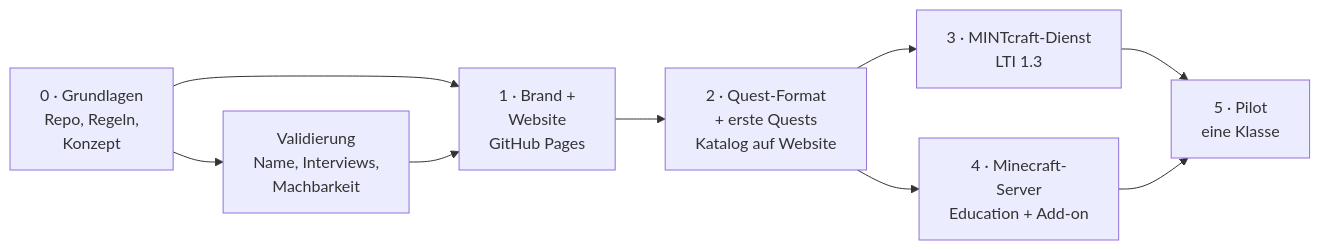
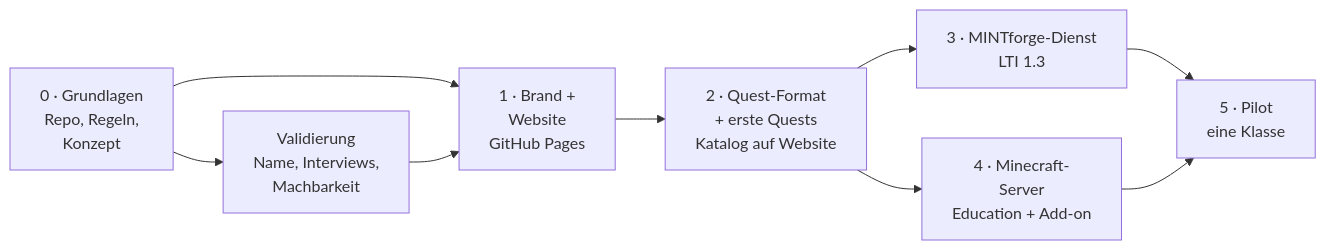
The fifth of 6 diagrams in docs/konzept.md (apachler/MINTforge), drawn with Mermaid before and after one commit. The commit also changed other lines of this file and 4 other files, not shown here.

````diff
--- a/docs/konzept.md
+++ b/docs/konzept.md
@@ -360,11 +370,11 @@
 ```mermaid
 flowchart LR
     P0["0 · Grundlagen<br/>Repo, Regeln,<br/>Konzept"] --> P1["1 · Brand +<br/>Website<br/>GitHub Pages"]
     P0 --> V["Validierung<br/>Name, Interviews,<br/>Machbarkeit"]
     V --> P1
     P1 --> P2["2 · Quest-Format<br/>+ erste Quests<br/>Katalog auf Website"]
-    P2 --> P3["3 · MINTcraft-Dienst<br/>LTI 1.3"]
+    P2 --> P3["3 · MINTforge-Dienst<br/>LTI 1.3"]
     P2 --> P4["4 · Minecraft-<br/>Server<br/>Education + Add-on"]
     P3 --> P5["5 · Pilot<br/>eine Klasse"]
     P4 --> P5
 ```
````
